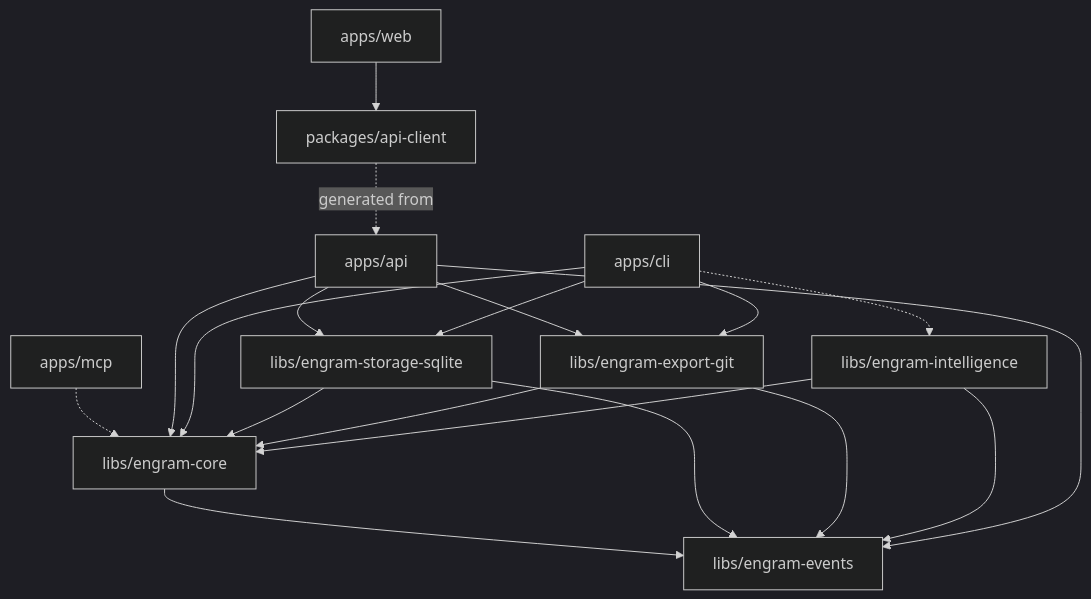
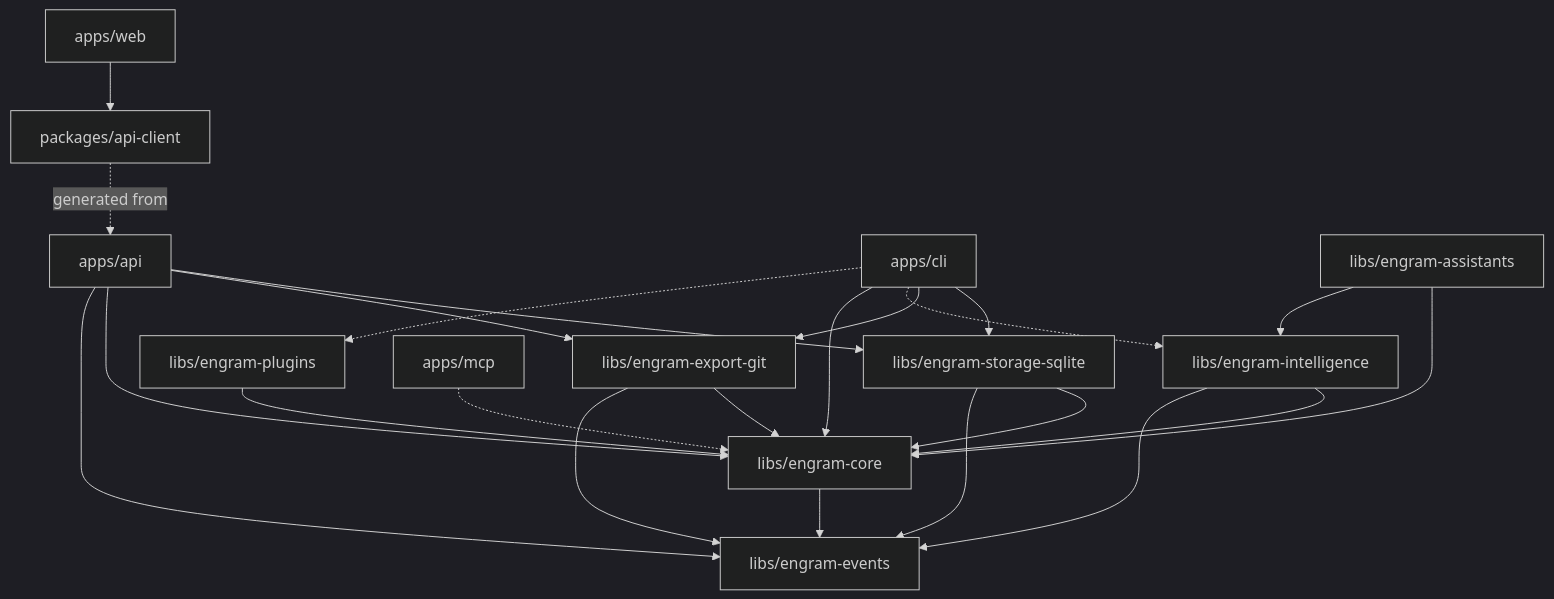
One commit to DINGUSPUNGUS/Engram changed the diagram in docs/architecture.md. Above: the diagram before and after it, drawn with Mermaid (dark theme). The commit also changed other lines of this file and 3 other files, not shown here.

First line of the commit message:
docs: plugins.md, architecture/roadmap updated for M8

````diff
--- a/docs/architecture.md
+++ b/docs/architecture.md
@@ -102,21 +107,25 @@
 ```mermaid
 graph TD
     api[apps/api] --> storage[libs/engram-storage-sqlite]
     api --> export[libs/engram-export-git]
     cli[apps/cli] --> storage
     cli --> export
     cli -.-> intel[libs/engram-intelligence]
     mcp[apps/mcp] -.-> core
     api --> core[libs/engram-core]
     cli --> core
     storage --> core
     export --> core
     intel --> core
     core --> events[libs/engram-events]
     storage --> events
     export --> events
     intel --> events
     api --> events
+    cli -.-> plugins[libs/engram-plugins]
+    plugins --> core
+    assistants[libs/engram-assistants] --> core
+    assistants --> intel
     web[apps/web] --> client[packages/api-client]
     client -. generated from .-> api
 ```
````
